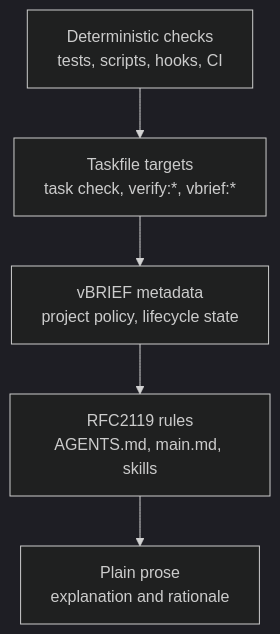
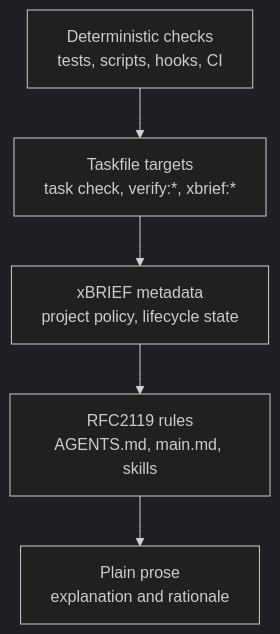
Before and after one commit to deftai/directive: the second of 7 diagrams in docs/ARCHITECTURE.md, drawn with Mermaid (dark theme). The commit also changed other lines of this file and 9 other files, not shown here.

````diff
--- a/docs/ARCHITECTURE.md
+++ b/docs/ARCHITECTURE.md
@@ -55,7 +57,7 @@
 ```mermaid
 flowchart TD
-    D["Deterministic checks<br/>tests, scripts, hooks, CI"] --> T["Taskfile targets<br/>task check, verify:*, vbrief:*"]
-    T --> V["vBRIEF metadata<br/>project policy, lifecycle state"]
+    D["Deterministic checks<br/>tests, scripts, hooks, CI"] --> T["Taskfile targets<br/>task check, verify:*, xbrief:*"]
+    T --> V["xBRIEF metadata<br/>project policy, lifecycle state"]
     V --> R["RFC2119 rules<br/>AGENTS.md, main.md, skills"]
     R --> P["Plain prose<br/>explanation and rationale"]
 ```
````
